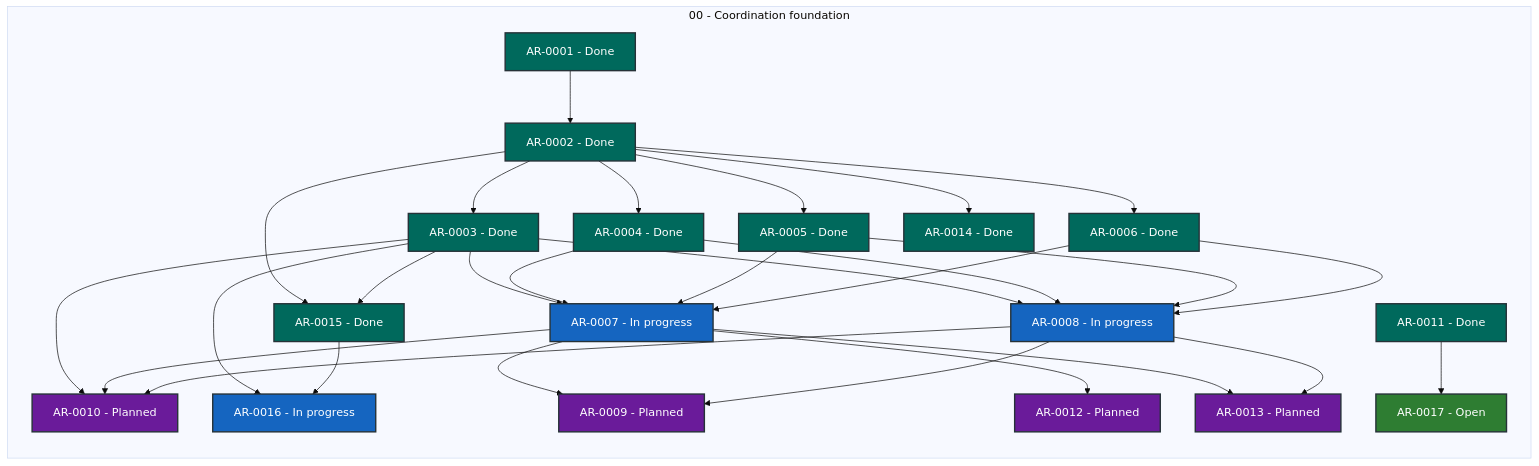
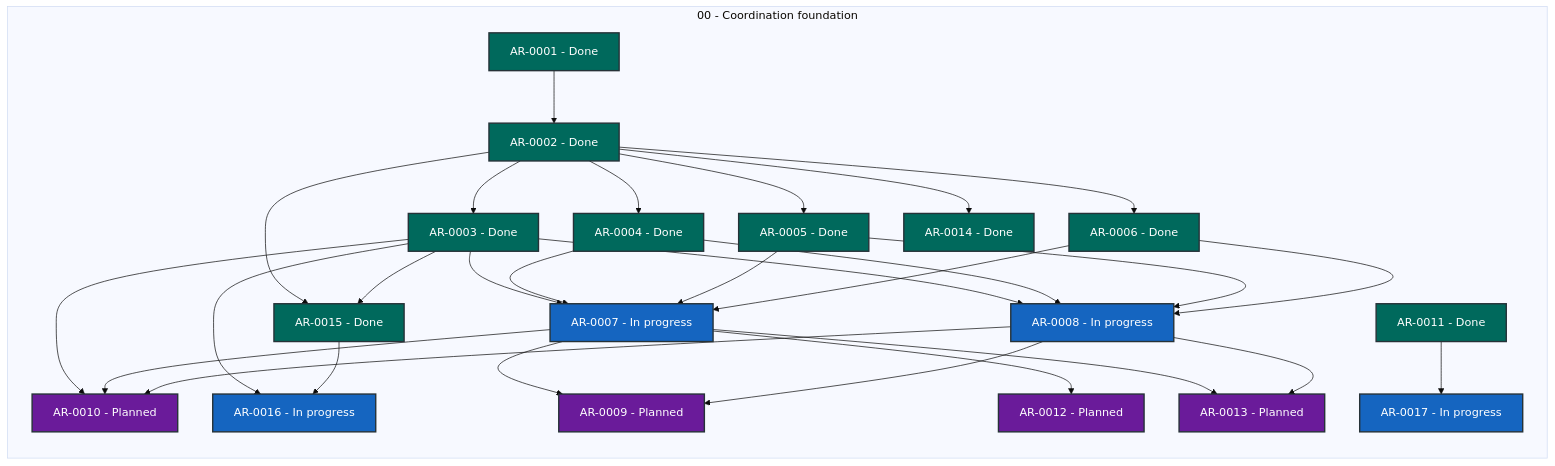
The diagram in STATUS.md (martin-beck/agent-workflow-coordinator-state), drawn with Mermaid (base theme) before and after one commit. The commit also changed other lines of this file and 2 other files, not shown here.

````diff
--- a/STATUS.md
+++ b/STATUS.md
@@ -27,58 +27,58 @@
 ```mermaid
 flowchart LR
     subgraph series_00["00 - Coordination foundation"]
         direction TB
         AR_0001["AR-0001 - Done"]:::status_done
         AR_0002["AR-0002 - Done"]:::status_done
         AR_0003["AR-0003 - Done"]:::status_done
         AR_0004["AR-0004 - Done"]:::status_done
         AR_0005["AR-0005 - Done"]:::status_done
         AR_0006["AR-0006 - Done"]:::status_done
         AR_0007["AR-0007 - In progress"]:::status_in_progress
         AR_0008["AR-0008 - In progress"]:::status_in_progress
         AR_0009["AR-0009 - Planned"]:::status_planned
         AR_0010["AR-0010 - Planned"]:::status_planned
         AR_0011["AR-0011 - Done"]:::status_done
         AR_0012["AR-0012 - Planned"]:::status_planned
         AR_0013["AR-0013 - Planned"]:::status_planned
         AR_0014["AR-0014 - Done"]:::status_done
         AR_0015["AR-0015 - Done"]:::status_done
         AR_0016["AR-0016 - In progress"]:::status_in_progress
-        AR_0017["AR-0017 - Open"]:::status_open
+        AR_0017["AR-0017 - In progress"]:::status_in_progress
     end
     AR_0001 --> AR_0002
     AR_0002 --> AR_0003
     AR_0002 --> AR_0004
     AR_0002 --> AR_0005
     AR_0002 --> AR_0006
     AR_0002 --> AR_0014
     AR_0002 --> AR_0015
     AR_0003 --> AR_0007
     AR_0003 --> AR_0008
     AR_0003 --> AR_0010
     AR_0003 --> AR_0015
     AR_0003 --> AR_0016
     AR_0004 --> AR_0007
     AR_0004 --> AR_0008
     AR_0005 --> AR_0007
     AR_0005 --> AR_0008
     AR_0006 --> AR_0007
     AR_0006 --> AR_0008
     AR_0007 --> AR_0009
     AR_0007 --> AR_0010
     AR_0007 --> AR_0012
     AR_0007 --> AR_0013
     AR_0008 --> AR_0009
     AR_0008 --> AR_0010
     AR_0008 --> AR_0013
     AR_0011 --> AR_0017
     AR_0015 --> AR_0016
     classDef status_in_progress fill:#1565c0,color:#ffffff,stroke:#263238,stroke-width:2px
     classDef status_open fill:#2e7d32,color:#ffffff,stroke:#263238,stroke-width:2px
     classDef status_blocked fill:#c62828,color:#ffffff,stroke:#263238,stroke-width:2px
     classDef status_planned fill:#6a1b9a,color:#ffffff,stroke:#263238,stroke-width:2px
     classDef status_future fill:#455a64,color:#ffffff,stroke:#263238,stroke-width:2px
     classDef status_done fill:#00695c,color:#ffffff,stroke:#263238,stroke-width:2px
     classDef status_cancelled fill:#616161,color:#ffffff,stroke:#263238,stroke-width:2px
     classDef status_superseded fill:#5d4037,color:#ffffff,stroke:#263238,stroke-width:2px
 ```
````
